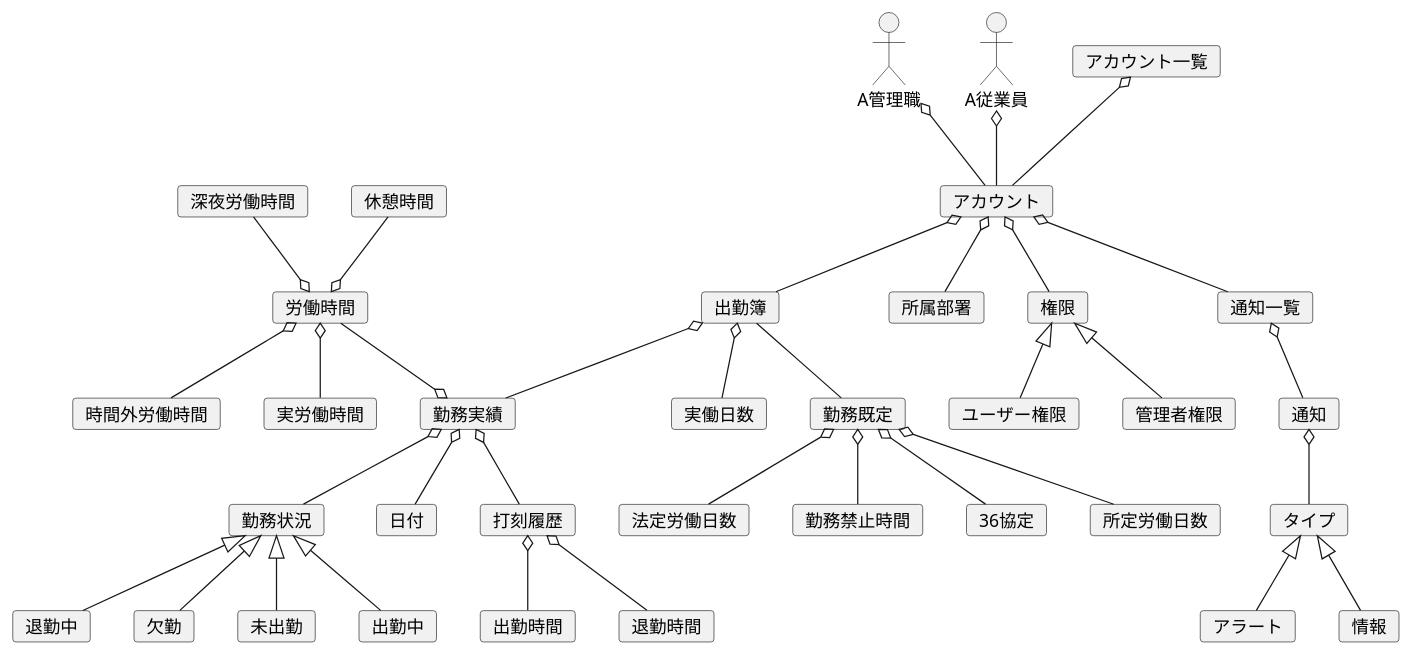
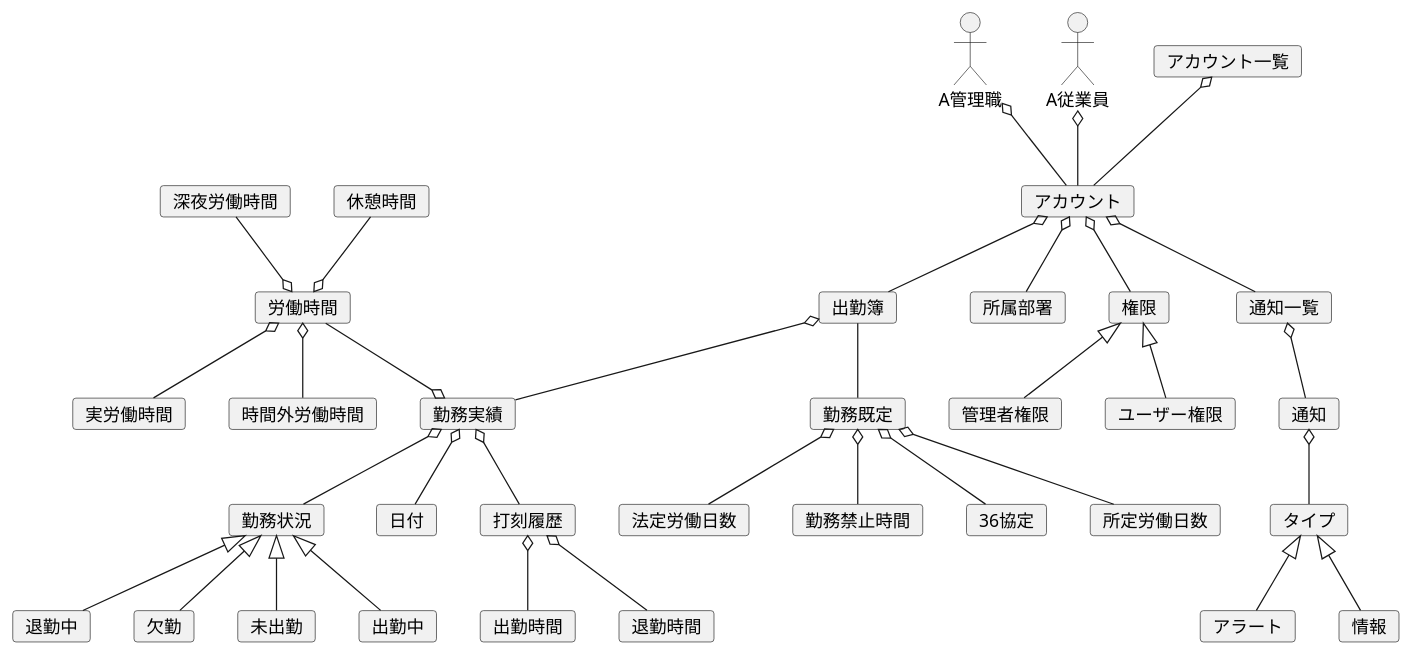
The diagram in UML/DomainModel/DomainModel_v5.puml (tasteck/tasteck-attendance_management_system_Domain), drawn with PlantUML before and after one commit. The commit also changed 33 other files, not shown here.

```diff
--- a/UML/DomainModel/DomainModel_v5.puml
+++ b/UML/DomainModel/DomainModel_v5.puml
@@ -1,85 +1,82 @@
 @startuml
 ' 従業員・管理職のロバストネス分析後
 actor A管理職
 actor A従業員
 
 card 勤務既定
 card 勤務禁止時間
 card 36協定
 card 所定労働日数
 card 法定労働日数
 勤務既定 o-- 勤務禁止時間
 勤務既定 o-- 36協定
 勤務既定 o-- 所定労働日数
 勤務既定 o-- 法定労働日数
 
-
 card 通知一覧
     card 通知
         card タイプ
             card アラート
             card 情報
 通知一覧 o-- 通知
 通知 o-- タイプ
 タイプ <|-- アラート
 タイプ <|-- 情報
 
 ' model
 card 出勤簿
-    card 実働日数
     card 勤務実績
         card 日付
         card 打刻履歴
             card 出勤時間
             card 退勤時間
         card 勤務状況
             card 未出勤
             card 出勤中
             card 退勤中
             card 欠勤
         card 労働時間
             card 時間外労働時間
             card 休憩時間
             card 深夜労働時間
             card 実労働時間
 'relation
 出勤簿 -- 勤務既定
-出勤簿 o-- 実働日数
 出勤簿 o-- 勤務実績
     勤務実績 o-- 日付
     勤務実績 o-- 打刻履歴
         打刻履歴 o-- 出勤時間
         打刻履歴 o-- 退勤時間
 
     勤務実績 o-- 勤務状況
         勤務状況 <|-- 未出勤
         勤務状況 <|-- 出勤中
         勤務状況 <|-- 退勤中
         勤務状況 <|-- 欠勤
     勤務実績 o-up- 労働時間
         労働時間 o-- 実労働時間
         労働時間 o-- 時間外労働時間
         労働時間 o-up- 休憩時間
         労働時間 o-up- 深夜労働時間
 
 ' model
 card アカウント一覧
     card アカウント
 '        card 従業員ID
         card 所属部署
     card 権限
         card 管理者権限
         card ユーザー権限
 'relation
 アカウント一覧 o-- アカウント
 '    アカウント o-- 従業員ID
     アカウント o-- 所属部署
     アカウント o-- 通知一覧
     アカウント o-- 出勤簿
     アカウント o-- 権限
         権限 <|-- 管理者権限
         権限 <|-- ユーザー権限
 
 A従業員 o-- アカウント
 A管理職 o-- アカウント
 @enduml
```
